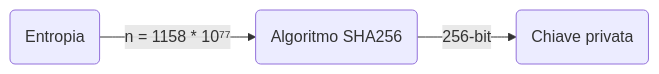
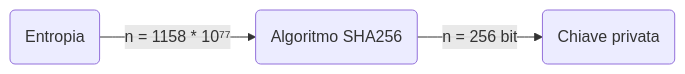
Before and after one commit to trama81/bitcoin-relearn: the first of 2 diagrams in content/1_teoria_base/1_conoscere_bitcoin/4_chiavi_e_indirizzi/_index.md, drawn with Mermaid. The commit also changed other lines of this file and 33 other files, not shown here.

````diff
--- a/content/1_teoria_base/1_conoscere_bitcoin/4_chiavi_e_indirizzi/_index.md
+++ b/content/1_teoria_base/1_conoscere_bitcoin/4_chiavi_e_indirizzi/_index.md
@@ -33,8 +33,8 @@
 ```mermaid { align="center" zoom="false" }
 ---
 title:
 ---
 graph LR;
   A(Entropia)  --> | n = 1158 * 10⁷⁷ | B(Algoritmo SHA256)
-  B(Algoritmo SHA256) --> |256-bit| C(Chiave privata)
+  B(Algoritmo SHA256) --> |n = 256 bit| C(Chiave privata)
 ```
````
